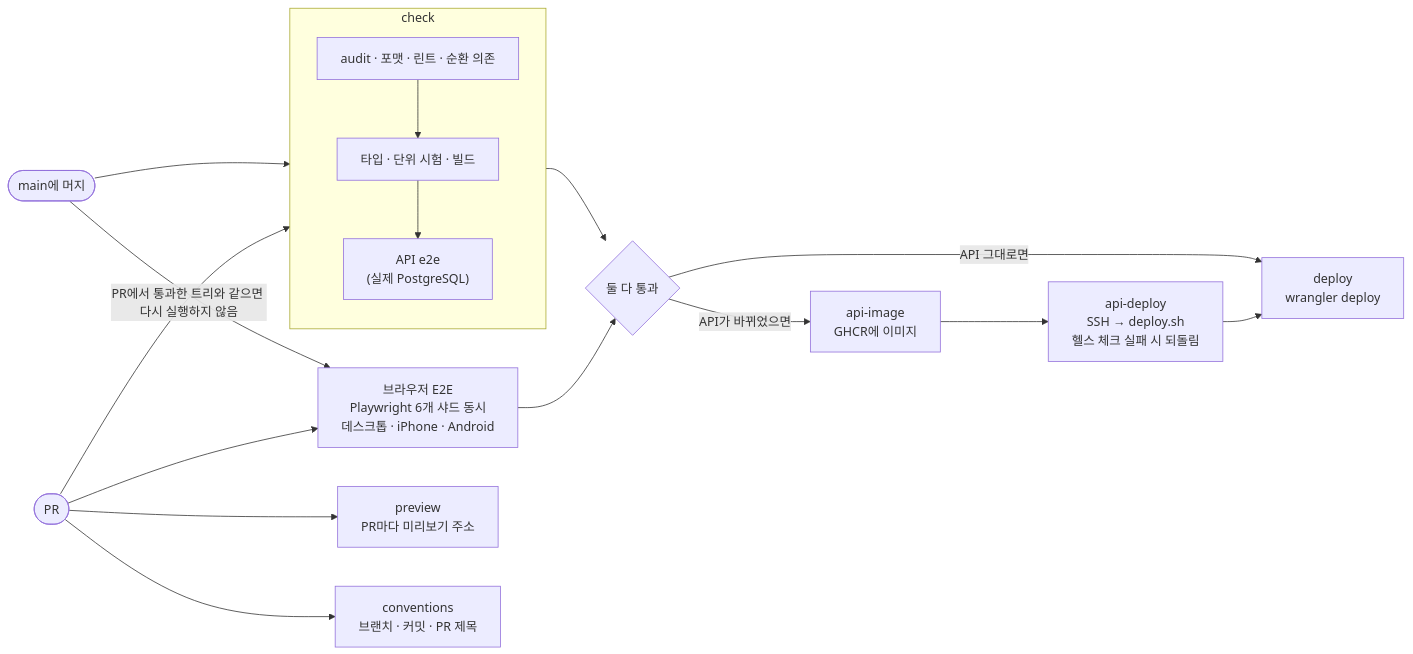
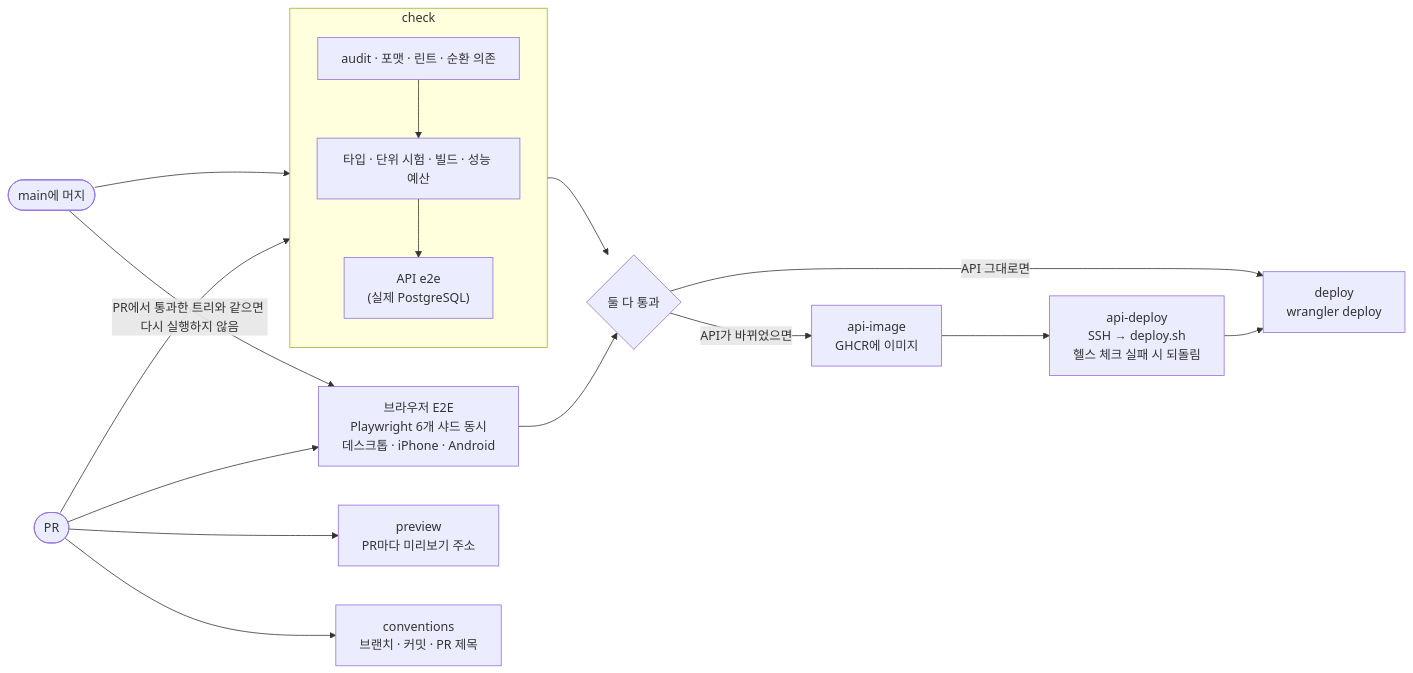
Before and after one commit to hyeoniverse/MacFolio: the fifth of 5 diagrams in README.md, drawn with Mermaid. The commit also changed other lines of this file and 2 other files, not shown here.

````diff
--- a/README.md
+++ b/README.md
@@ -344,23 +367,23 @@
 ```mermaid
 flowchart LR
     pr(["PR"])
     push(["main에 머지"])
 
     subgraph check["check"]
         direction TB
-        c1["audit · 포맷 · 린트 · 순환 의존"] --> c2["타입 · 단위 시험 · 빌드"] --> c3["API e2e<br/>(실제 PostgreSQL)"]
+        c1["audit · 포맷 · 린트 · 순환 의존"] --> c2["타입 · 단위 시험 · 빌드 · 성능 예산"] --> c3["API e2e<br/>(실제 PostgreSQL)"]
     end
     e2e["브라우저 E2E<br/>Playwright 6개 샤드 동시<br/>데스크톱 · iPhone · Android"]
 
     pr --> check
     pr --> e2e
     pr --> preview["preview<br/>PR마다 미리보기 주소"]
     pr --> conventions["conventions<br/>브랜치 · 커밋 · PR 제목"]
     push --> check
     push -- "PR에서 통과한 트리와 같으면 다시 실행하지 않음" --> e2e
 
     check --> gate{"둘 다 통과"}
     e2e --> gate
     gate -- "API가 바뀌었으면" --> apiimage["api-image<br/>GHCR에 이미지"] --> apideploy["api-deploy<br/>SSH → deploy.sh<br/>헬스 체크 실패 시 되돌림"] --> deploy
     gate -- "API 그대로면" --> deploy["deploy<br/>wrangler deploy"]
 ```
````
